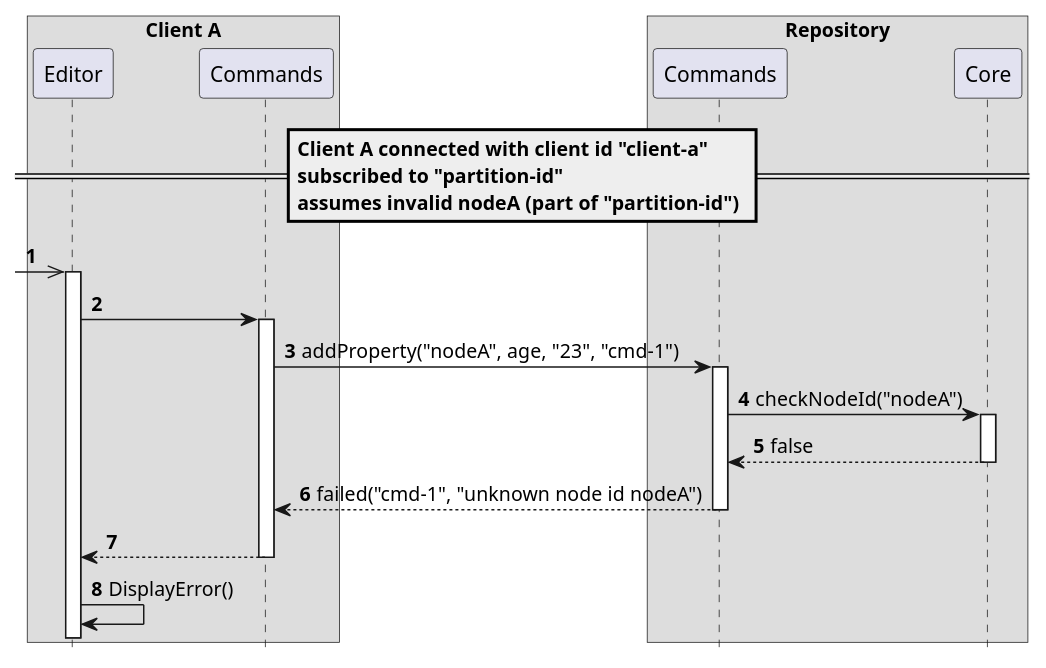
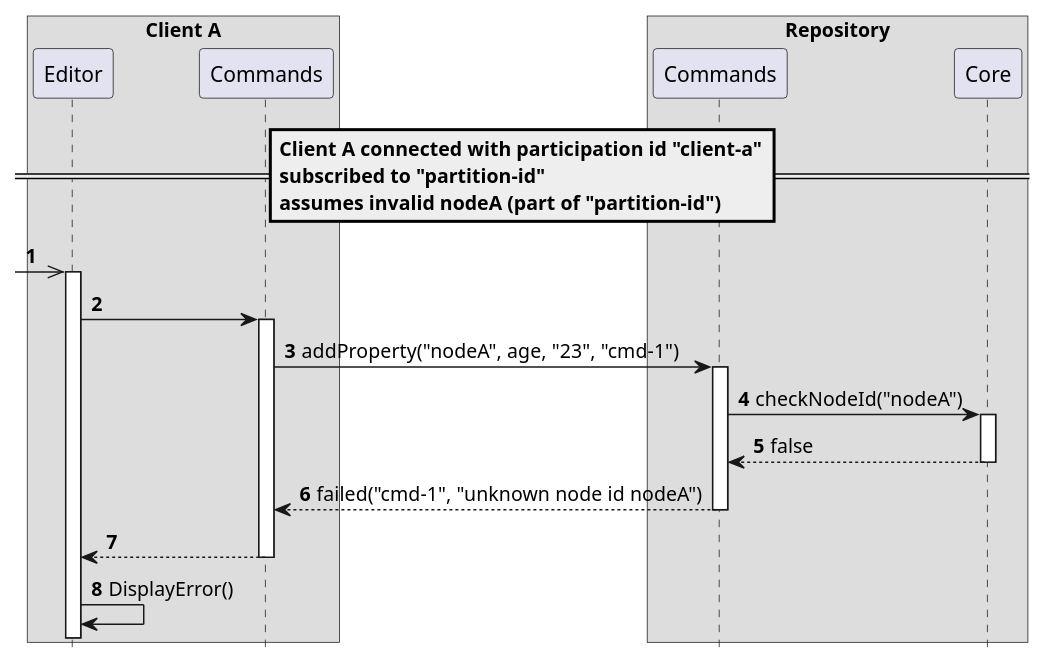
One commit to LionWeb-io/specification changed the diagram in delta/scenarios/changeUnknownNodeFailedCommand.adoc. Above: the diagram before and after it, drawn with PlantUML. The commit also changed 20 other files, not shown here.

```diff
--- a/delta/scenarios/changeUnknownNodeFailedCommand.adoc
+++ b/delta/scenarios/changeUnknownNodeFailedCommand.adoc
@@ -2,26 +2,26 @@
 [plantuml,changeUnknownNodeFailedCommand,svg]
 ----
 hide footbox
 autonumber
 
 box "Client A"
   participant Editor as editor
   participant Commands as clientCmd
 end box
 
 box "Repository"
   participant Commands as repoCmd
   participant Core as core
 end box
 
-== Client A connected with client id "client-a"\nsubscribed to "partition-id"\nassumes invalid nodeA (part of "partition-id") ==
+== Client A connected with participation id "client-a"\nsubscribed to "partition-id"\nassumes invalid nodeA (part of "partition-id") ==
 
 [->> editor ++
 editor -> clientCmd ++
 clientCmd -> repoCmd ++: addProperty("nodeA", age, "23", "cmd-1")
 repoCmd -> core ++: checkNodeId("nodeA")
 return false
 return failed("cmd-1", "unknown node id nodeA")
 return
 editor -> editor: DisplayError()
 ----
```
